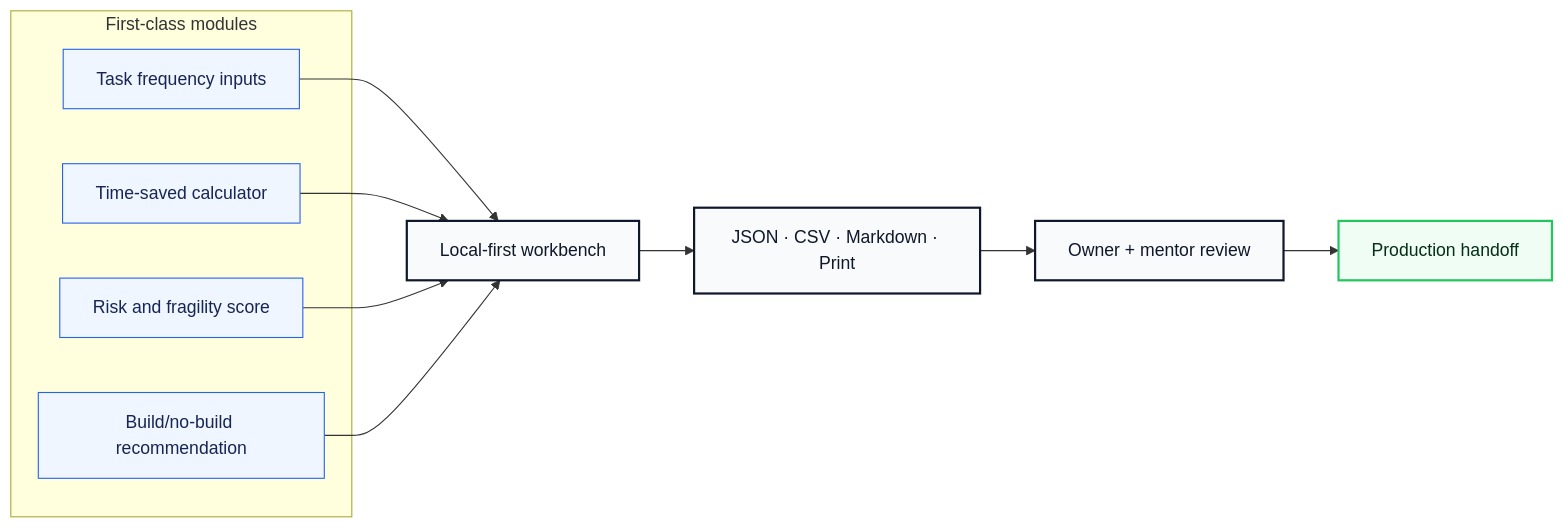
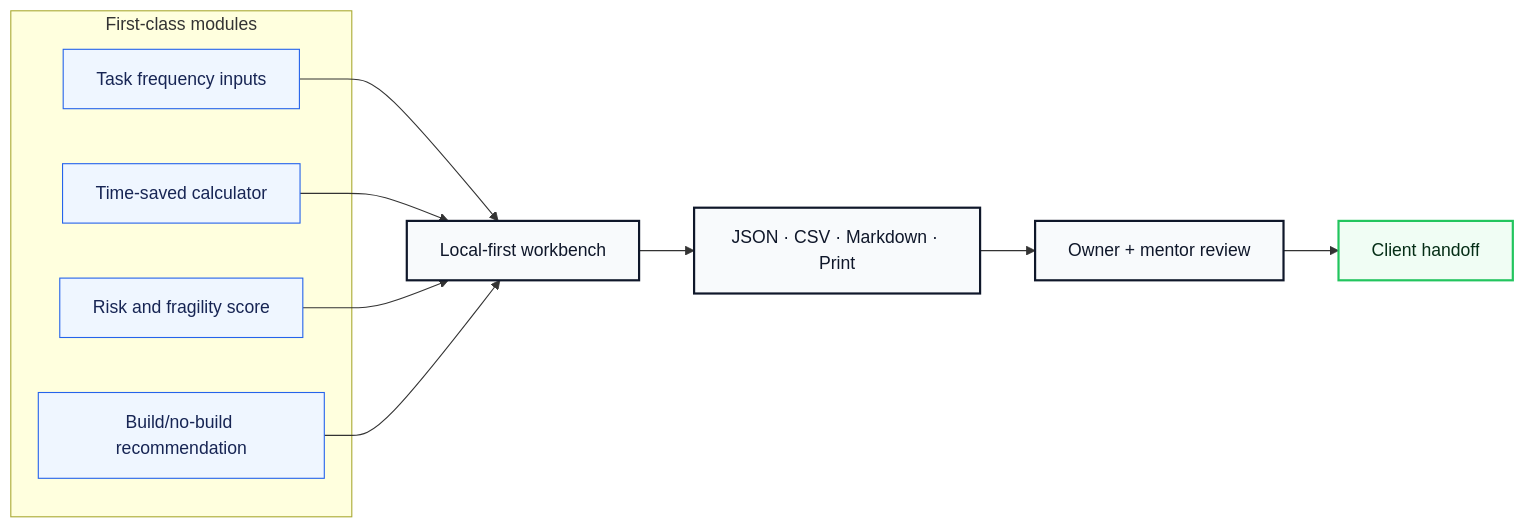
The second of 3 diagrams in README.md (volta-npo/workflow-savings-calculator), drawn with Mermaid before and after one commit. The commit also changed other lines of this file and 28 other files, not shown here.

````diff
--- a/README.md
+++ b/README.md
@@ -64,23 +64,23 @@
 ```mermaid
 flowchart LR
     subgraph Modules["First-class modules"]
         M1["Task frequency inputs"]
         M2["Time-saved calculator"]
         M3["Risk and fragility score"]
         M4["Build/no-build recommendation"]
     end
     M1 --> Workbench
     M2 --> Workbench
     M3 --> Workbench
     M4 --> Workbench
     Workbench["Local-first workbench"] --> Exports["JSON · CSV · Markdown · Print"]
     Exports --> Review["Owner + mentor review"]
-    Review --> Launch["Production handoff"]
+    Review --> Launch["Client handoff"]
 
     classDef module fill:#eff6ff,stroke:#2563eb,color:#172554;
     classDef app fill:#f8fafc,stroke:#0f172a,color:#0f172a,stroke-width:2px;
     classDef launch fill:#f0fdf4,stroke:#22c55e,color:#052e16,stroke-width:2px;
     class M1,M2,M3,M4 module;
     class Workbench,Exports,Review app;
     class Launch launch;
 ```
````
